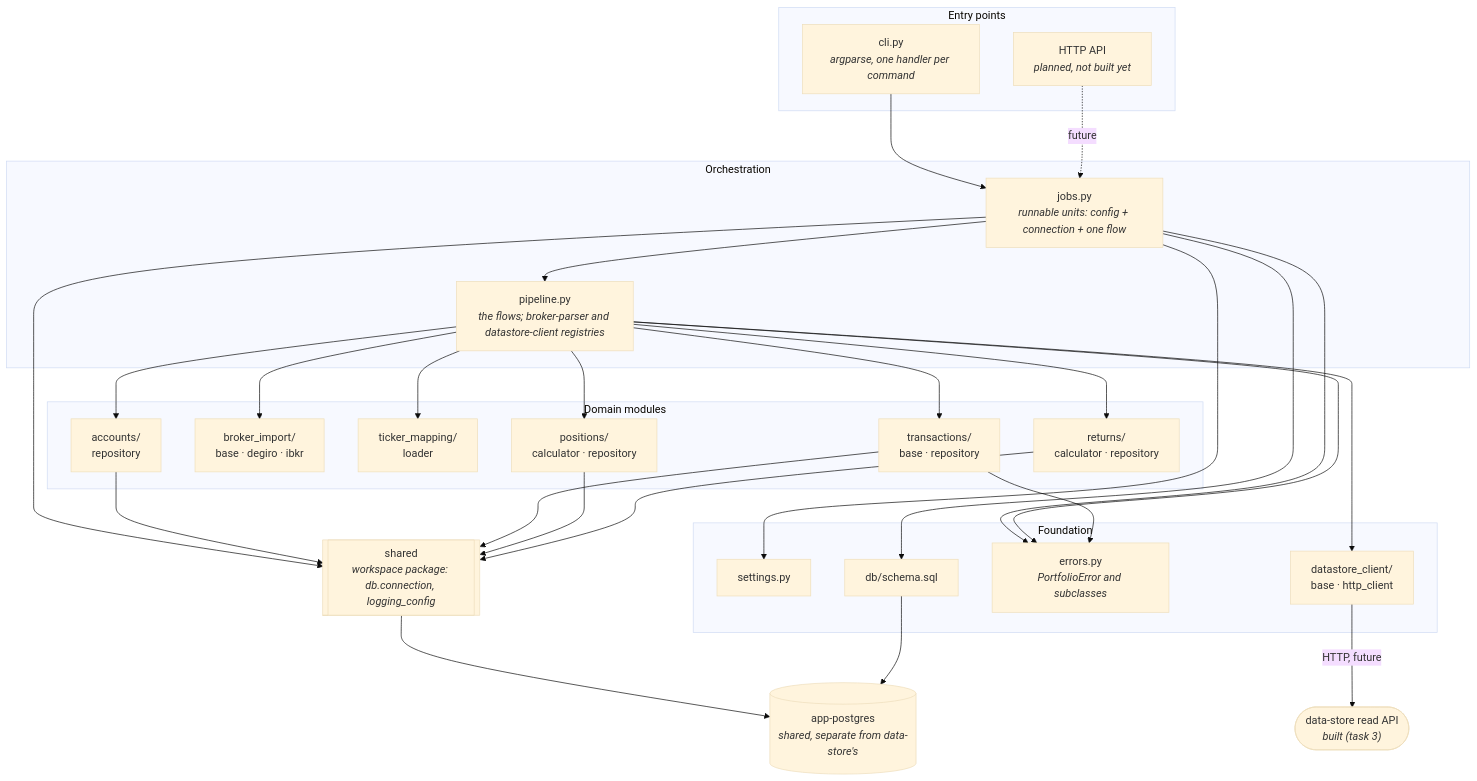
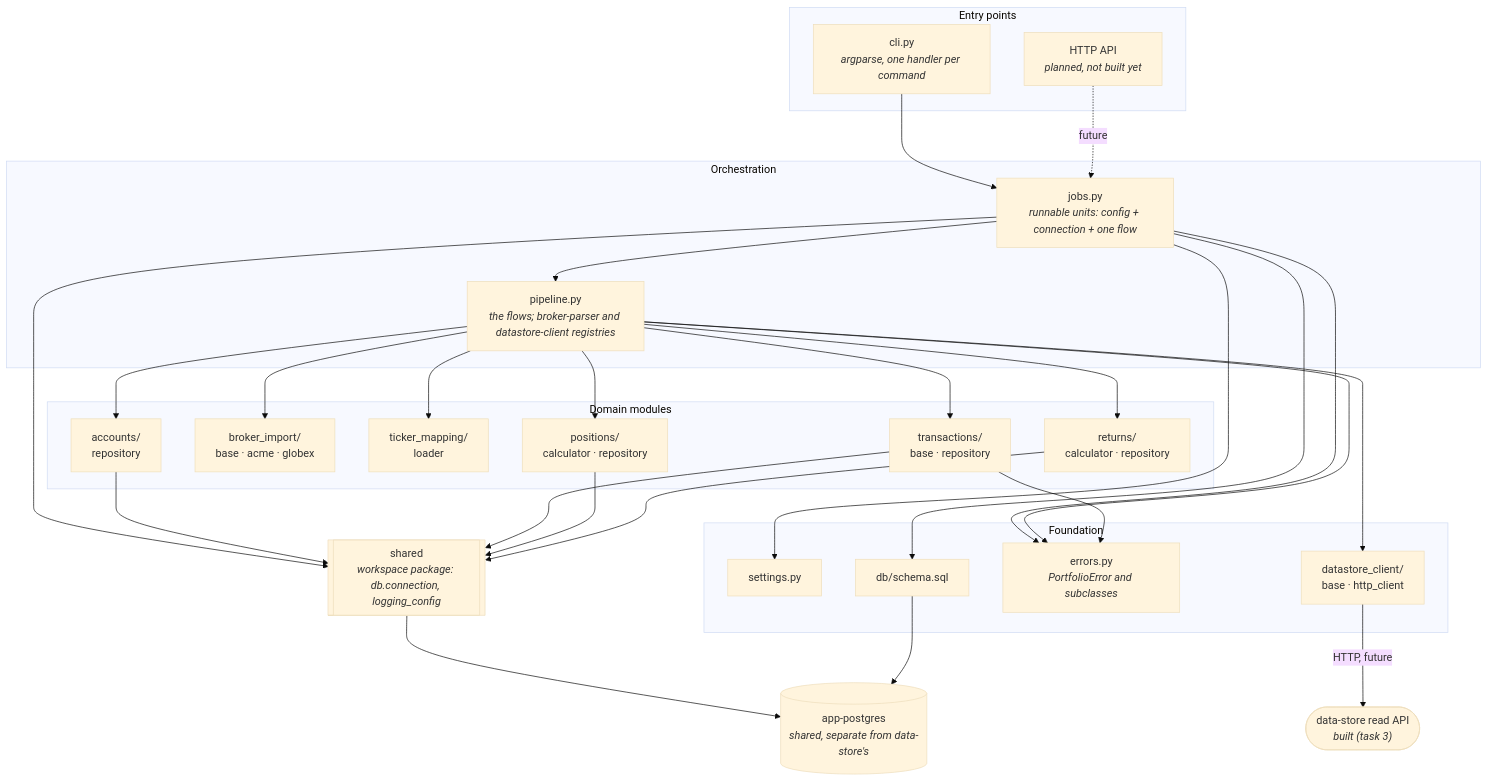
One commit to jpedropereira/Stakehold changed the first of 2 diagrams in services/portfolio/docs/architecture.md. Above: the diagram before and after it, drawn with Mermaid (base theme). The commit also changed other lines of this file and 11 other files, not shown here.

````diff
--- a/services/portfolio/docs/architecture.md
+++ b/services/portfolio/docs/architecture.md
@@ -55,56 +55,56 @@
 ```mermaid
 flowchart TD
     subgraph entry["Entry points"]
         CLI["cli.py<br/><i>argparse, one handler per command</i>"]
         API["HTTP API<br/><i>planned, not built yet</i>"]
     end
 
     subgraph orch["Orchestration"]
         JOBS["jobs.py<br/><i>runnable units: config + connection + one flow</i>"]
         PIPE["pipeline.py<br/><i>the flows; broker-parser and datastore-client registries</i>"]
     end
 
     subgraph domain["Domain modules"]
         ACC["accounts/<br/>repository"]
-        IMP["broker_import/<br/>base · degiro · ibkr"]
+        IMP["broker_import/<br/>base · acme · globex"]
         MAP["ticker_mapping/<br/>loader"]
         TXN["transactions/<br/>base · repository"]
         POS["positions/<br/>calculator · repository"]
         RET["returns/<br/>calculator · repository"]
     end
 
     subgraph found["Foundation"]
         SET["settings.py"]
         DB["db/schema.sql"]
         ERR["errors.py<br/><i>PortfolioError and subclasses</i>"]
         DSC["datastore_client/<br/>base · http_client"]
     end
 
     SH[["shared<br/><i>workspace package: db.connection, logging_config</i>"]]
     PG[("app-postgres<br/><i>shared, separate from data-store's</i>")]
     DSAPI(["data-store read API<br/><i>built (task 3)</i>"])
 
     CLI --> JOBS
     API -.future.-> JOBS
     JOBS --> PIPE
     JOBS --> SET
     JOBS --> DB
     JOBS --> ERR
     PIPE --> ACC
     PIPE --> IMP
     PIPE --> MAP
     PIPE --> TXN
     PIPE --> POS
     PIPE --> RET
     PIPE --> DSC
     PIPE --> ERR
     TXN --> ERR
     JOBS --> SH
     ACC --> SH
     TXN --> SH
     POS --> SH
     RET --> SH
     SH --> PG
     DB --> PG
     DSC -->|HTTP, future| DSAPI
 ```
````
